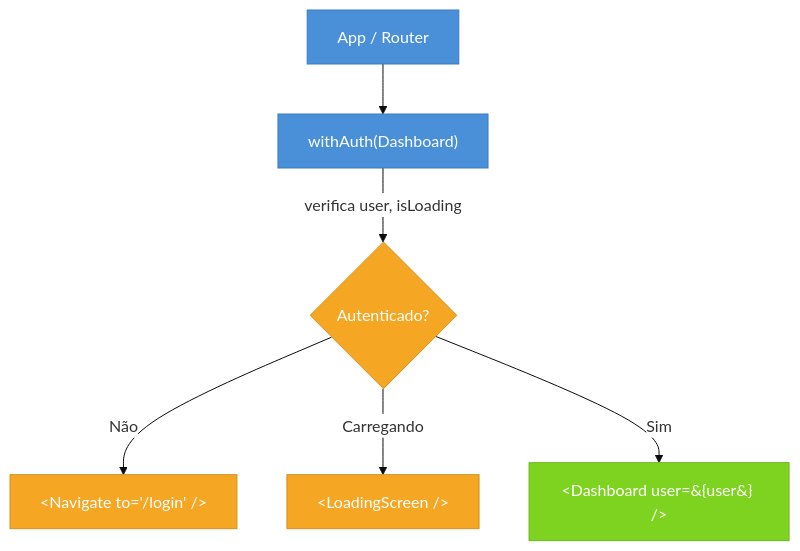
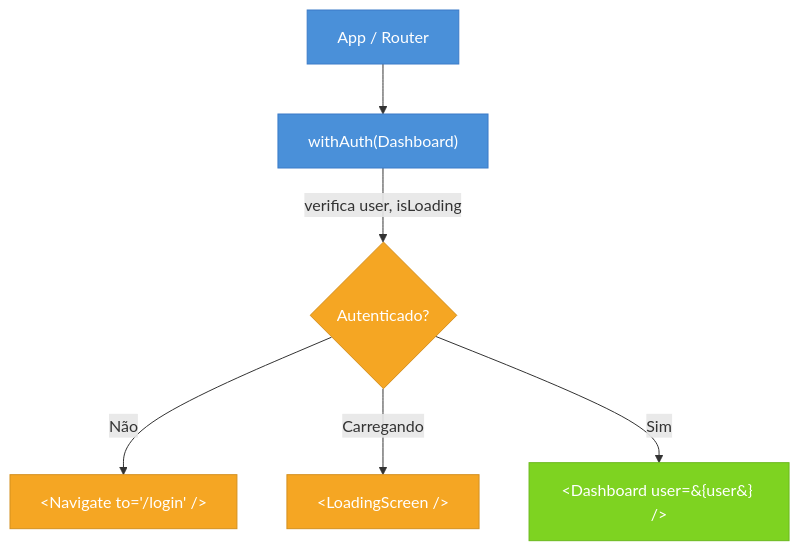
Before and after one commit to josenaldo/codex-technomanticus: the first of 2 diagrams in 03-Dominios/Tecnologia/React/Design Patterns/09 - Higher-Order Components (HOC).md, drawn with Mermaid. The commit also changed other lines of this file and 1181 other files, not shown here.

First line of the commit message:
fix(diagramas): paleta do sistema no lugar de cor cravada no markdown

````diff
--- a/03-Dominios/Tecnologia/React/Design Patterns/09 - Higher-Order Components (HOC).md
+++ b/03-Dominios/Tecnologia/React/Design Patterns/09 - Higher-Order Components (HOC).md
@@ -66,14 +66,13 @@
 ```mermaid
-%%{init: {"theme": "base", "themeVariables": {"primaryColor": "#4A90D9", "edgeLabelBackground": "#ffffff"}}}%%
 graph TD
+    classDef normal fill:#4A90D9,color:#fff,stroke:#3a7bc8
+    classDef decision fill:#F5A623,color:#fff,stroke:#d4901f
+    classDef warning fill:#F5A623,color:#fff,stroke:#d4901f
+    classDef success fill:#7ED321,color:#fff,stroke:#6ab81c
     APP["App / Router"]:::normal --> HOC["withAuth(Dashboard)"]:::normal
     HOC --> |"verifica user, isLoading"| GATE{Autenticado?}:::decision
     GATE -- Não --> NAV["&lt;Navigate to='/login' /&gt;"]:::warning
     GATE -- Carregando --> SPIN["&lt;LoadingScreen /&gt;"]:::warning
     GATE -- Sim --> DASH["&lt;Dashboard user=&#123;user&#125; /&gt;"]:::success
 
-    classDef normal fill:#4A90D9,color:#fff,stroke:#3a7bc8
-    classDef decision fill:#F5A623,color:#fff,stroke:#d4901f
-    classDef warning fill:#F5A623,color:#fff,stroke:#d4901f
-    classDef success fill:#7ED321,color:#fff,stroke:#6ab81c
 ```
````
